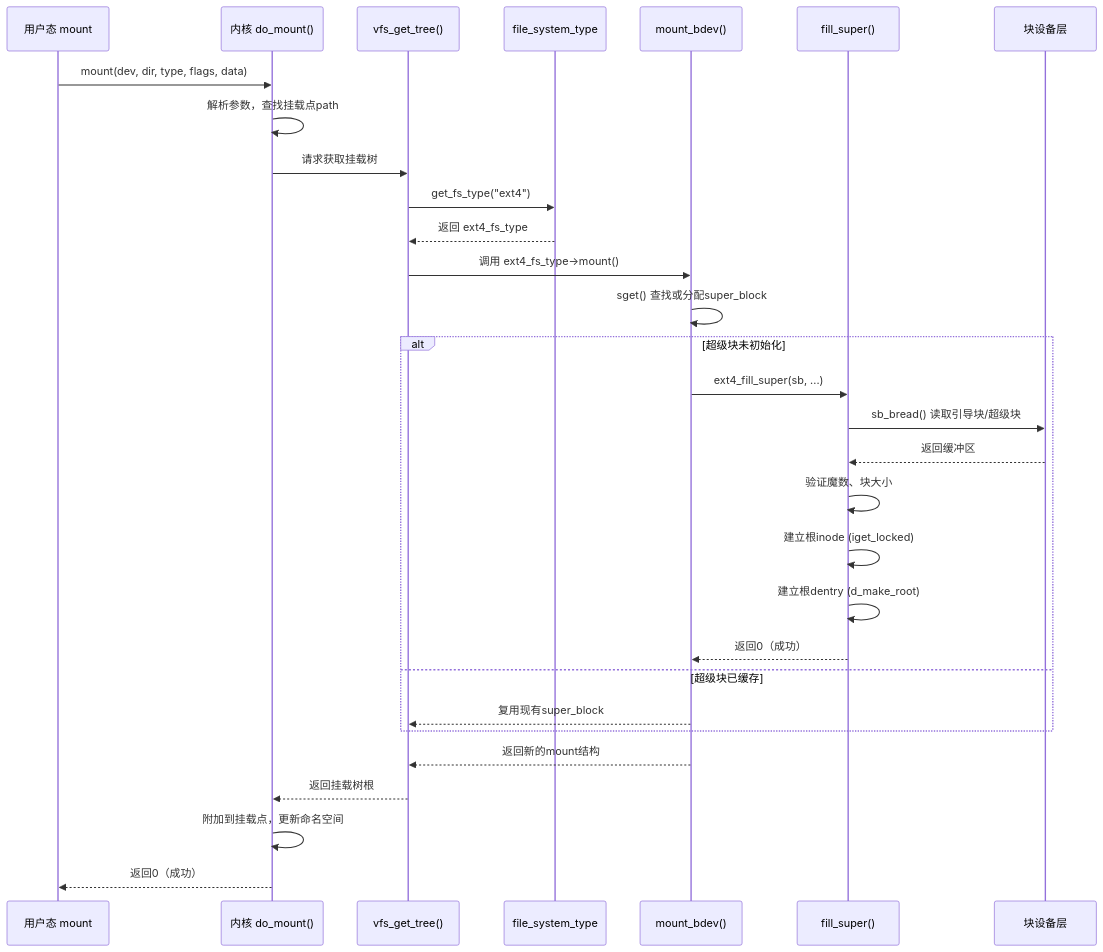
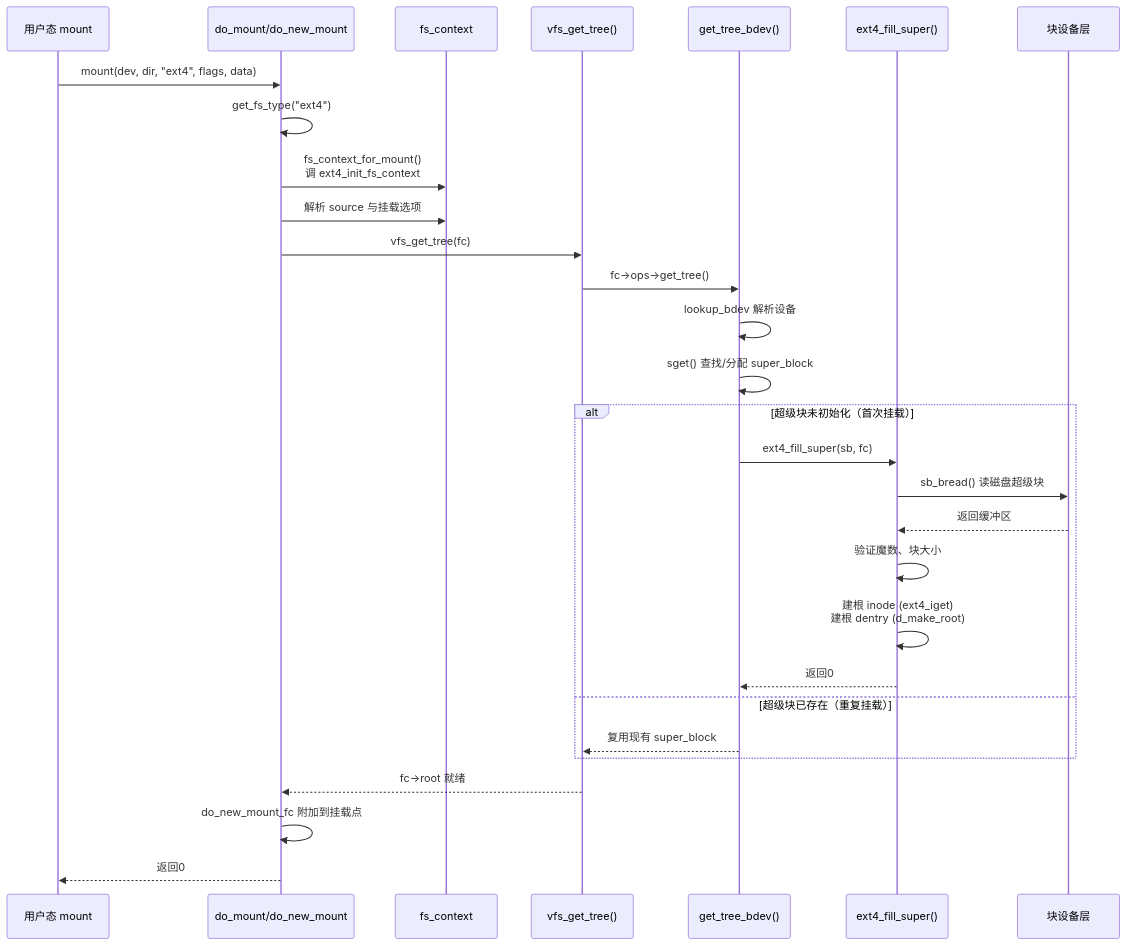
The diagram in docs/02-核心机制深度解析/第12章 文件系统/12.1.3_挂载流程与proc_mounts.md (xiaohong0925/Embedded_Knowledge_System_V2026), drawn with Mermaid before and after one commit. The commit also changed other lines of this file and 63 other files, not shown here.

````diff
--- a/docs/02-核心机制深度解析/第12章 文件系统/12.1.3_挂载流程与proc_mounts.md
+++ b/docs/02-核心机制深度解析/第12章 文件系统/12.1.3_挂载流程与proc_mounts.md
@@ -29,33 +57,32 @@
 ```mermaid
 sequenceDiagram
     participant U as 用户态 mount
-    participant K as 内核 do_mount()
+    participant K as do_mount/do_new_mount
+    participant FC as fs_context
     participant V as vfs_get_tree()
-    participant FS as file_system_type
-    participant SB as mount_bdev()
-    participant SP as fill_super()
+    participant G as get_tree_bdev()
+    participant SP as ext4_fill_super()
     participant B as 块设备层
 
-    U->>K: mount(dev, dir, type, flags, data)
-    K->>K: 解析参数，查找挂载点path
-    K->>V: 请求获取挂载树
-    V->>FS: get_fs_type("ext4")
-    FS-->>V: 返回 ext4_fs_type
-    V->>SB: 调用 ext4_fs_type->mount()
-    SB->>SB: sget() 查找或分配super_block
-    alt 超级块未初始化
-        SB->>SP: ext4_fill_super(sb, ...)
-        SP->>B: sb_bread() 读取引导块/超级块
+    U->>K: mount(dev, dir, "ext4", flags, data)
+    K->>K: get_fs_type("ext4")
+    K->>FC: fs_context_for_mount()<br/>调 ext4_init_fs_context
+    K->>FC: 解析 source 与挂载选项
+    K->>V: vfs_get_tree(fc)
+    V->>G: fc->ops->get_tree()
+    G->>G: lookup_bdev 解析设备
+    G->>G: sget() 查找/分配 super_block
+    alt 超级块未初始化（首次挂载）
+        G->>SP: ext4_fill_super(sb, fc)
+        SP->>B: sb_bread() 读磁盘超级块
         B-->>SP: 返回缓冲区
         SP->>SP: 验证魔数、块大小
-        SP->>SP: 建立根inode (iget_locked)
-        SP->>SP: 建立根dentry (d_make_root)
-        SP-->>SB: 返回0（成功）
-    else 超级块已缓存
-        SB-->>V: 复用现有super_block
+        SP->>SP: 建根 inode (ext4_iget)<br/>建根 dentry (d_make_root)
+        SP-->>G: 返回0
+    else 超级块已存在（重复挂载）
+        G-->>V: 复用现有 super_block
     end
-    SB-->>V: 返回新的mount结构
-    V-->>K: 返回挂载树根
-    K->>K: 附加到挂载点，更新命名空间
-    K-->>U: 返回0（成功）
+    V-->>K: fc->root 就绪
+    K->>K: do_new_mount_fc 附加到挂载点
+    K-->>U: 返回0
 ```
````
